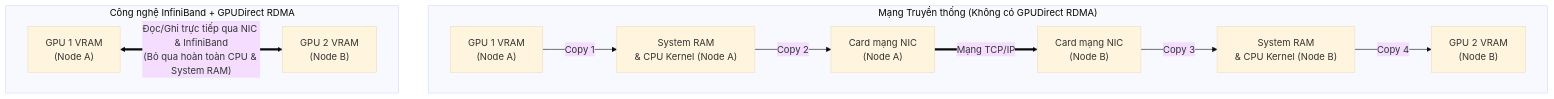
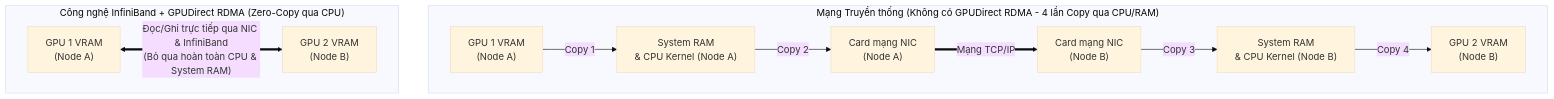
Before and after one commit to nxthanh2904/nca-genl: the seventh of 8 diagrams in Module_01_AI_Infrastructure.md, drawn with Mermaid (base theme). The commit also changed other lines of this file and 11 other files, not shown here.

````diff
--- a/Module_01_AI_Infrastructure.md
+++ b/Module_01_AI_Infrastructure.md
@@ -204,16 +256,16 @@
 ```mermaid
 flowchart TD
-    subgraph Trad["Mạng Truyền thống (Không có GPUDirect RDMA)"]
+    subgraph Trad["Mạng Truyền thống (Không có GPUDirect RDMA - 4 lần Copy qua CPU/RAM)"]
         direction LR
         G1["GPU 1 VRAM<br/>(Node A)"] -->|Copy 1| R1["System RAM<br/>& CPU Kernel (Node A)"]
         R1 -->|Copy 2| NIC1["Card mạng NIC<br/>(Node A)"]
         NIC1 ==>|Mạng TCP/IP| NIC2["Card mạng NIC<br/>(Node B)"]
         NIC2 -->|Copy 3| R2["System RAM<br/>& CPU Kernel (Node B)"]
         R2 -->|Copy 4| G2["GPU 2 VRAM<br/>(Node B)"]
     end
 
-    subgraph RDMA_Flow["Công nghệ InfiniBand + GPUDirect RDMA"]
+    subgraph RDMA_Flow["Công nghệ InfiniBand + GPUDirect RDMA (Zero-Copy qua CPU)"]
         direction LR
         GA["GPU 1 VRAM<br/>(Node A)"] <==>|"Đọc/Ghi trực tiếp qua NIC & InfiniBand<br/>(Bỏ qua hoàn toàn CPU & System RAM)"| GB["GPU 2 VRAM<br/>(Node B)"]
     end
 ```
````
